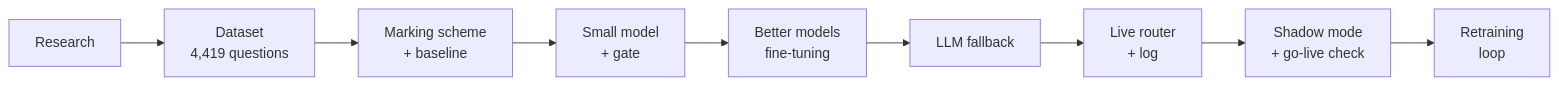
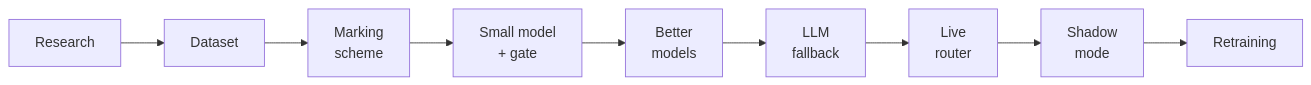
Before and after one commit to saramamatha19/AetherionPrism: the second of 7 diagrams in README.md, drawn with Mermaid. The commit also changed other lines of this file and 1 other file, not shown here.

````diff
--- a/README.md
+++ b/README.md
@@ -42,4 +32,4 @@
 ```mermaid
 flowchart LR
-    R["Research"] --> D["Dataset<br/>4,419 questions"] --> E["Marking scheme<br/>+ baseline"] --> S["Small model<br/>+ gate"] --> B["Better models<br/>fine-tuning"] --> L["LLM fallback"] --> RT["Live router<br/>+ log"] --> SH["Shadow mode<br/>+ go-live check"] --> RE["Retraining<br/>loop"]
+    R["Research"] --> D["Dataset"] --> E["Marking<br/>scheme"] --> S["Small model<br/>+ gate"] --> B["Better<br/>models"] --> L["LLM<br/>fallback"] --> RT["Live<br/>router"] --> SH["Shadow<br/>mode"] --> RE["Retraining"]
 ```
````
